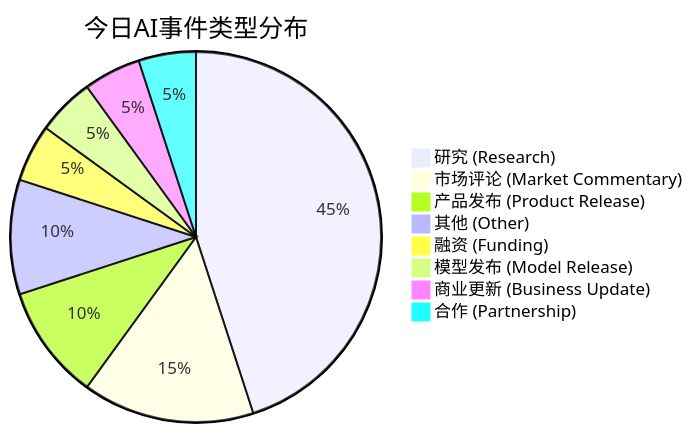
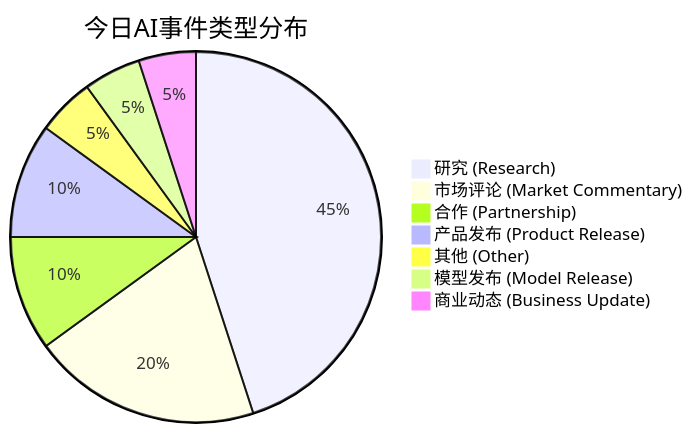
One commit to LvienOeria/daily-ai-insight-engine-v2 changed the first of 2 diagrams in reports/daily_ai_report.md. Above: the diagram before and after it, drawn with Mermaid. The commit also changed other lines of this file and 22 other files, not shown here.

Commit message:
Rewrite all docs and README to reflect cleaned architecture

````diff
--- a/reports/daily_ai_report.md
+++ b/reports/daily_ai_report.md
@@ -63,12 +86,11 @@
 ```mermaid
 pie
     title 今日AI事件类型分布
     "研究 (Research)" : 9
-    "市场评论 (Market Commentary)" : 3
+    "市场评论 (Market Commentary)" : 4
+    "合作 (Partnership)" : 2
     "产品发布 (Product Release)" : 2
-    "其他 (Other)" : 2
-    "融资 (Funding)" : 1
+    "其他 (Other)" : 1
     "模型发布 (Model Release)" : 1
-    "商业更新 (Business Update)" : 1
-    "合作 (Partnership)" : 1
+    "商业动态 (Business Update)" : 1
 ```
````
